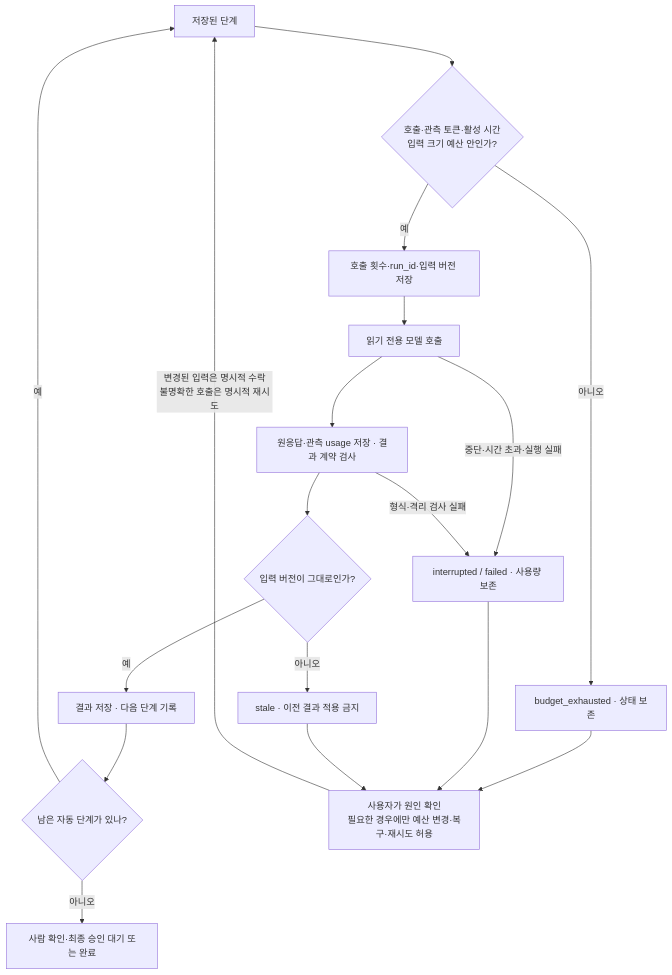
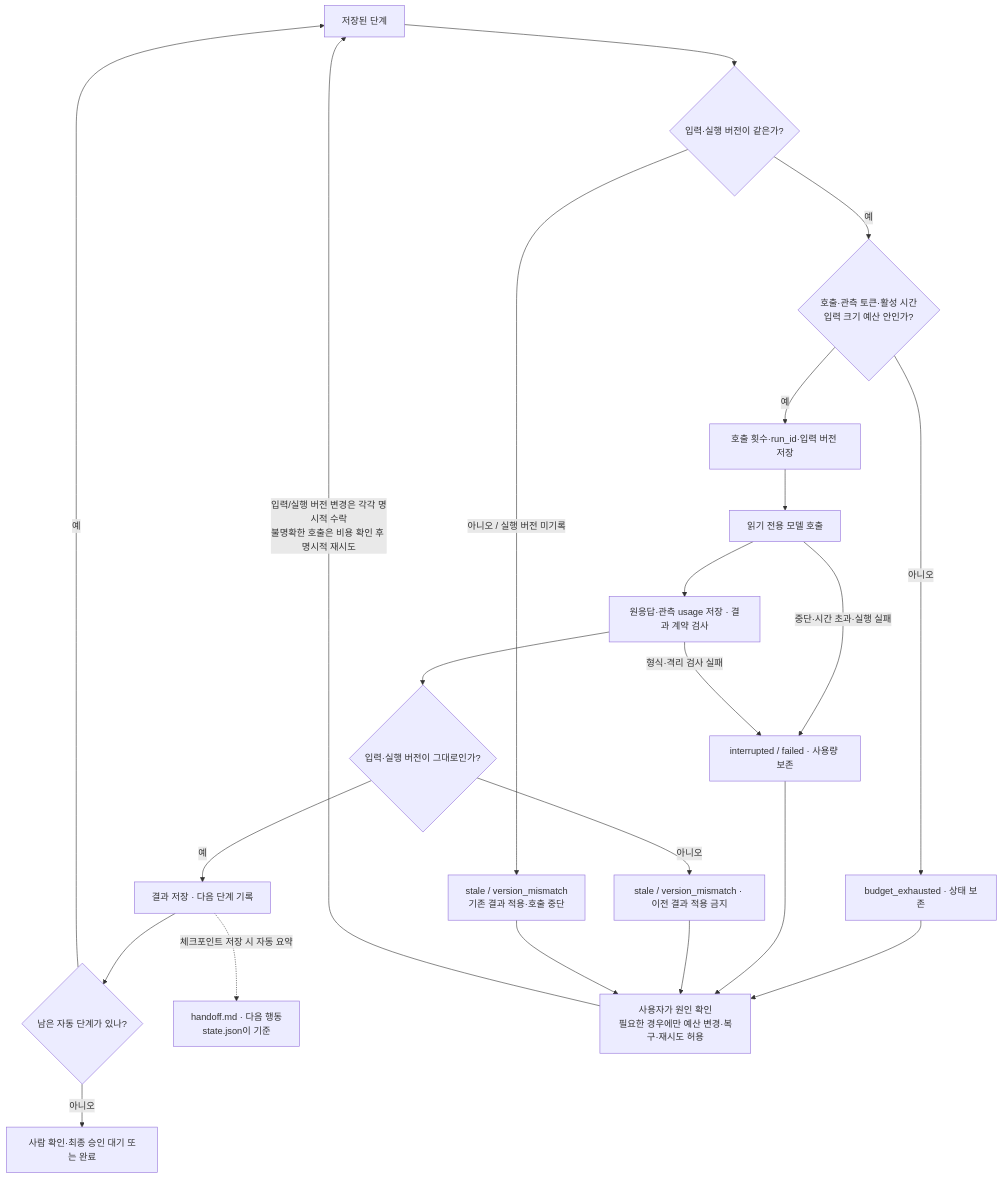
Before and after one commit to doveloper17/career-hub: the sixth of 6 diagrams in docs/WORKFLOW.md, drawn with Mermaid. The commit also changed other lines of this file and 17 other files, not shown here.

Commit message:
feat: add automatic workflow handoff and execution version guards

````diff
--- a/docs/WORKFLOW.md
+++ b/docs/WORKFLOW.md
@@ -230,20 +232,24 @@
 ```mermaid
 flowchart TD
-    stage["저장된 단계"] --> budget{"호출·관측 토큰·활성 시간<br/>입력 크기 예산 안인가?"}
+    stage["저장된 단계"] --> version{"입력·실행 버전이 같은가?"}
+    version -- "예" --> budget{"호출·관측 토큰·활성 시간<br/>입력 크기 예산 안인가?"}
+    version -- "아니오 / 실행 버전 미기록" --> changed["stale / version_mismatch<br/>기존 결과 적용·호출 중단"]
     budget -- "예" --> reserve["호출 횟수·run_id·입력 버전 저장"]
     reserve --> model["읽기 전용 모델 호출"]
     model --> saved["원응답·관측 usage 저장 · 결과 계약 검사"]
-    saved --> same{"입력 버전이 그대로인가?"}
+    saved --> same{"입력·실행 버전이 그대로인가?"}
     same -- "예" --> next["결과 저장 · 다음 단계 기록"]
     next --> more{"남은 자동 단계가 있나?"}
     more -- "예" --> stage
     more -- "아니오" --> done["사람 확인·최종 승인 대기 또는 완료"]
     budget -- "아니오" --> pause["budget_exhausted · 상태 보존"]
     model -- "중단·시간 초과·실행 실패" --> error["interrupted / failed · 사용량 보존"]
     saved -- "형식·격리 검사 실패" --> error
-    same -- "아니오" --> stale["stale · 이전 결과 적용 금지"]
+    same -- "아니오" --> stale["stale / version_mismatch · 이전 결과 적용 금지"]
+    next -. "체크포인트 저장 시 자동 요약" .-> handoff["handoff.md · 다음 행동<br/>state.json이 기준"]
     pause --> user["사용자가 원인 확인<br/>필요한 경우에만 예산 변경·복구·재시도 허용"]
     error --> user
     stale --> user
-    user -- "변경된 입력은 명시적 수락<br/>불명확한 호출은 명시적 재시도" --> stage
+    changed --> user
+    user -- "입력/실행 버전 변경은 각각 명시적 수락<br/>불명확한 호출은 비용 확인 후 명시적 재시도" --> stage
 ```
````
